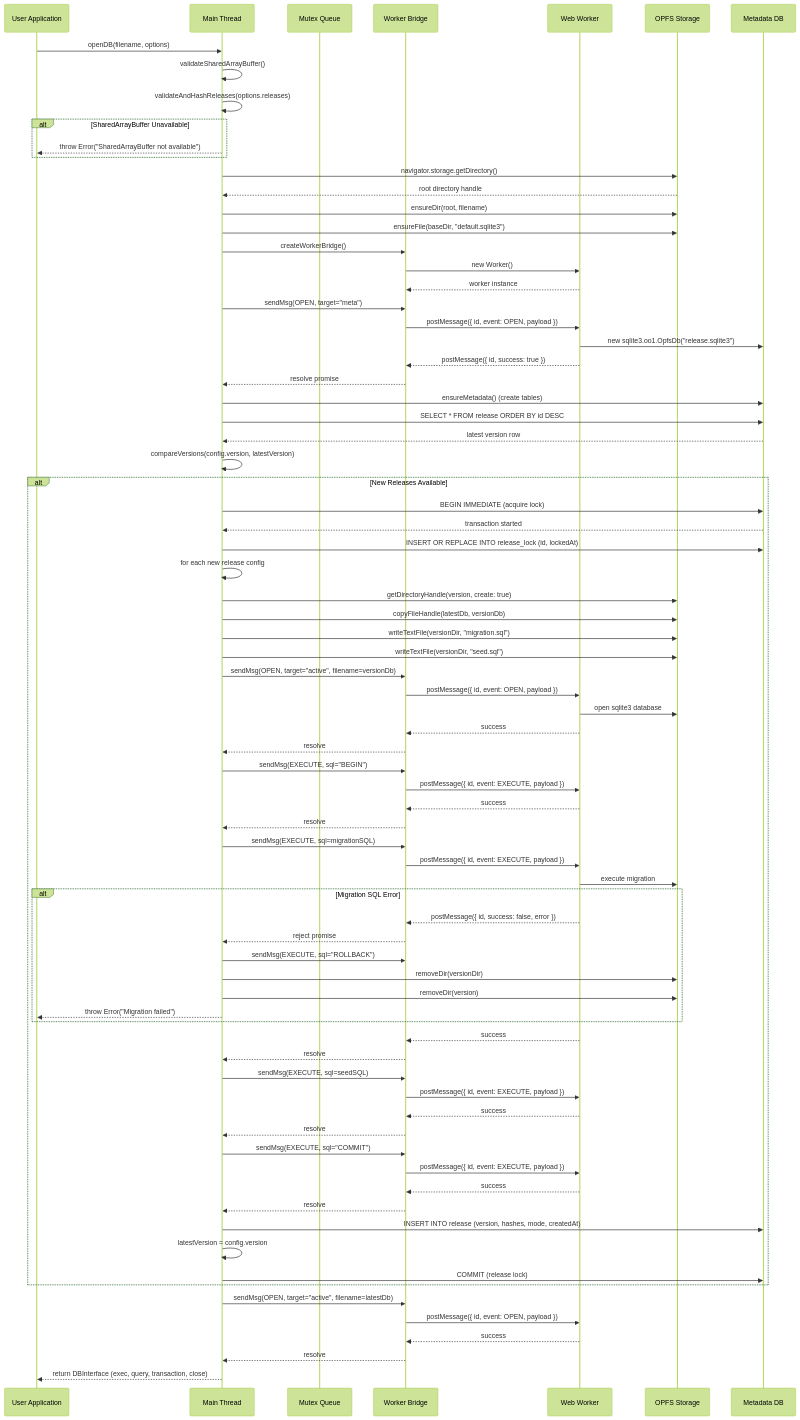
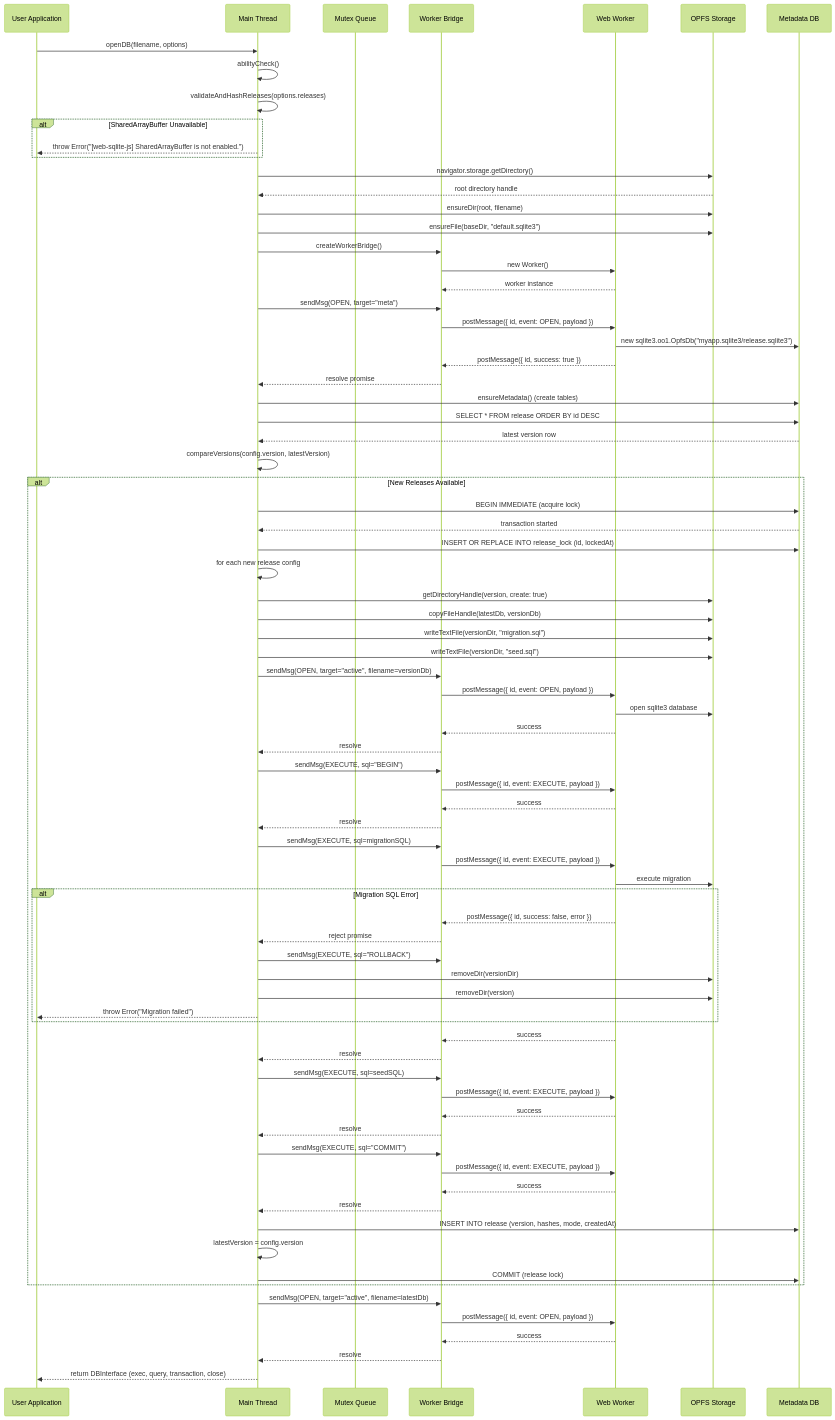
The first of 10 diagrams in docs/03-architecture/02-dataflow.md (wuchuheng/web-sqlite-v2), drawn with Mermaid (forest theme) before and after one commit. The commit also changed other lines of this file and 21 other files, not shown here.

```diff
--- a/docs/03-architecture/02-dataflow.md
+++ b/docs/03-architecture/02-dataflow.md
@@ -26,11 +26,11 @@
     participant Meta as Metadata DB
 
     App->>Main: openDB(filename, options)
-    Main->>Main: validateSharedArrayBuffer()
+    Main->>Main: abilityCheck()
     Main->>Main: validateAndHashReleases(options.releases)
 
     alt SharedArrayBuffer Unavailable
-        Main-->>App: throw Error("SharedArrayBuffer not available")
+        Main-->>App: throw Error("[web-sqlite-js] SharedArrayBuffer is not enabled.")
     end
 
     Main->>OPFS: navigator.storage.getDirectory()
@@ -44,7 +44,7 @@
 
     Main->>Bridge: sendMsg(OPEN, target="meta")
     Bridge->>Worker: postMessage({ id, event: OPEN, payload })
-    Worker->>Meta: new sqlite3.oo1.OpfsDb("release.sqlite3")
+    Worker->>Meta: new sqlite3.oo1.OpfsDb("myapp.sqlite3/release.sqlite3")
     Worker-->>Bridge: postMessage({ id, success: true })
     Bridge-->>Main: resolve promise
 
```
